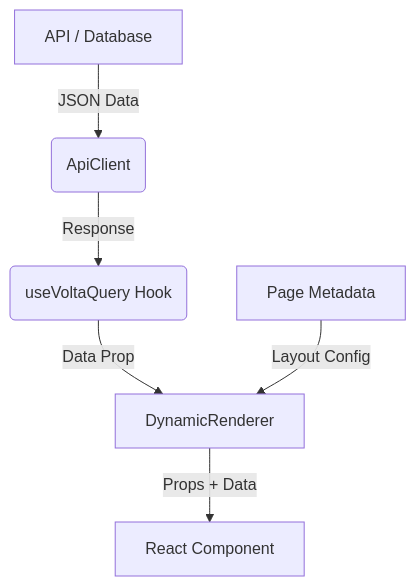
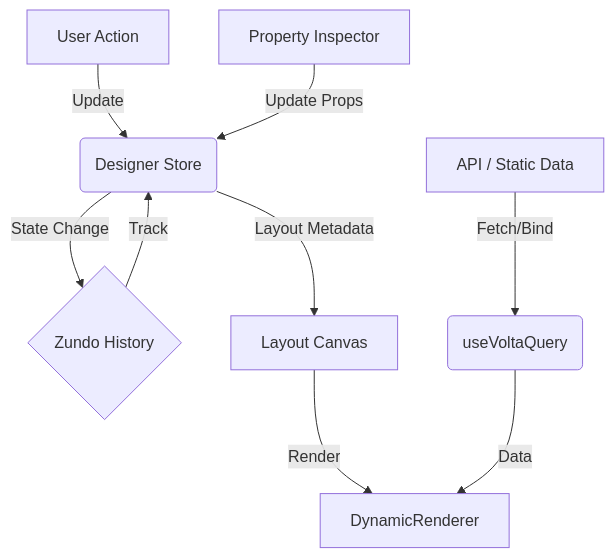
One commit to laphilosophia/volta changed the diagram in docs/ARCHITECTURE.md. Above: the diagram before and after it, drawn with Mermaid. The commit also changed other lines of this file and 3 other files, not shown here.

Commit message:
feat: introduce architecture documentation, clarify headless UI, and move Vite client type reference to a dedicated file.

````diff
--- a/docs/ARCHITECTURE.md
+++ b/docs/ARCHITECTURE.md
@@ -37,8 +46,13 @@
 ```mermaid
 graph TD
-    A[API / Database] -->|JSON Data| B(ApiClient)
-    B -->|Response| C(useVoltaQuery Hook)
-    C -->|Data Prop| D[DynamicRenderer]
-    E[Page Metadata] -->|Layout Config| D
-    D -->|Props + Data| F[React Component]
+    A[User Action] -->|Update| B(Designer Store)
+    B -->|State Change| C{Zundo History}
+    C -->|Track| B
+    B -->|Layout Metadata| D[Layout Canvas]
+    D -->|Render| E[DynamicRenderer]
+
+    F[API / Static Data] -->|Fetch/Bind| G(useVoltaQuery)
+    G -->|Data| E
+
+    H[Property Inspector] -->|Update Props| B
 ```
````
